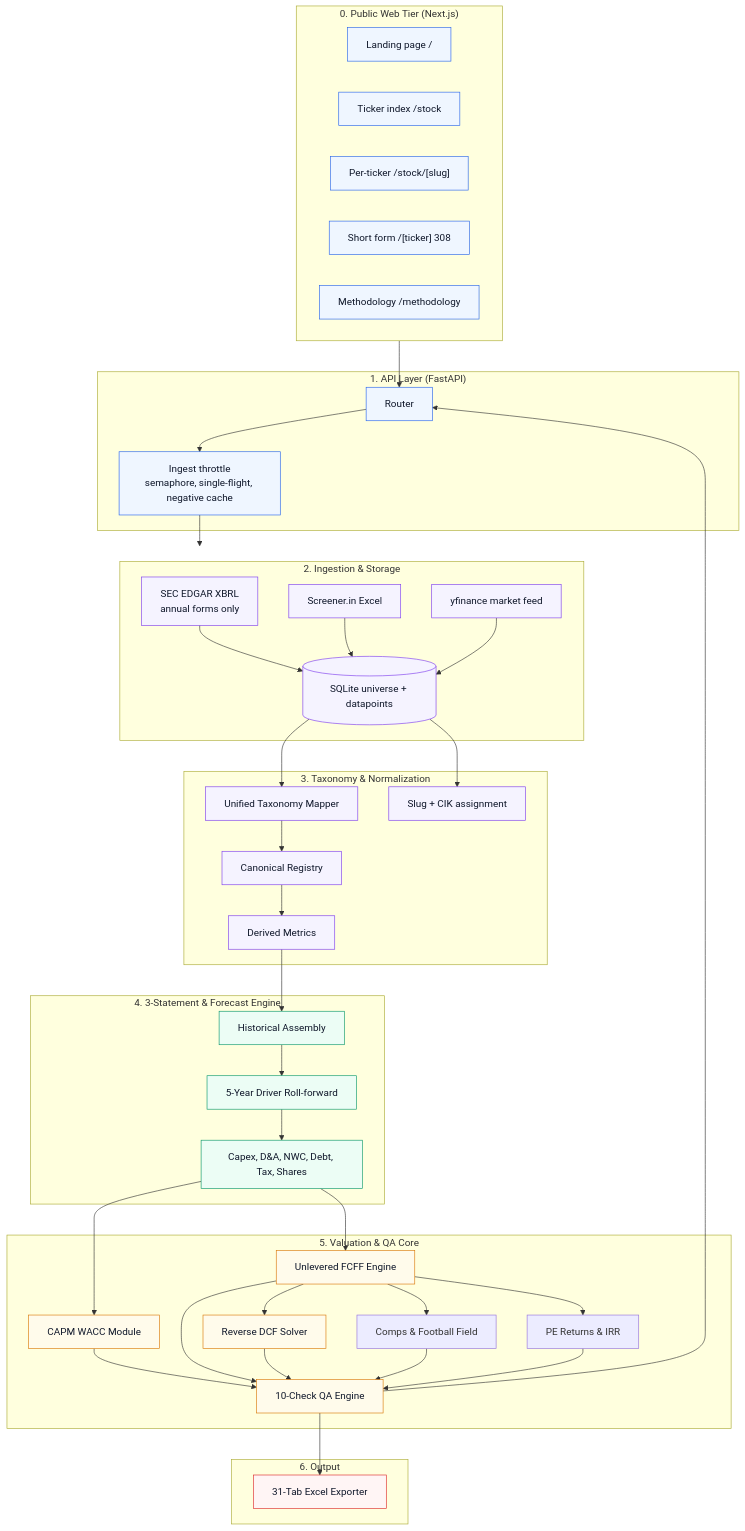
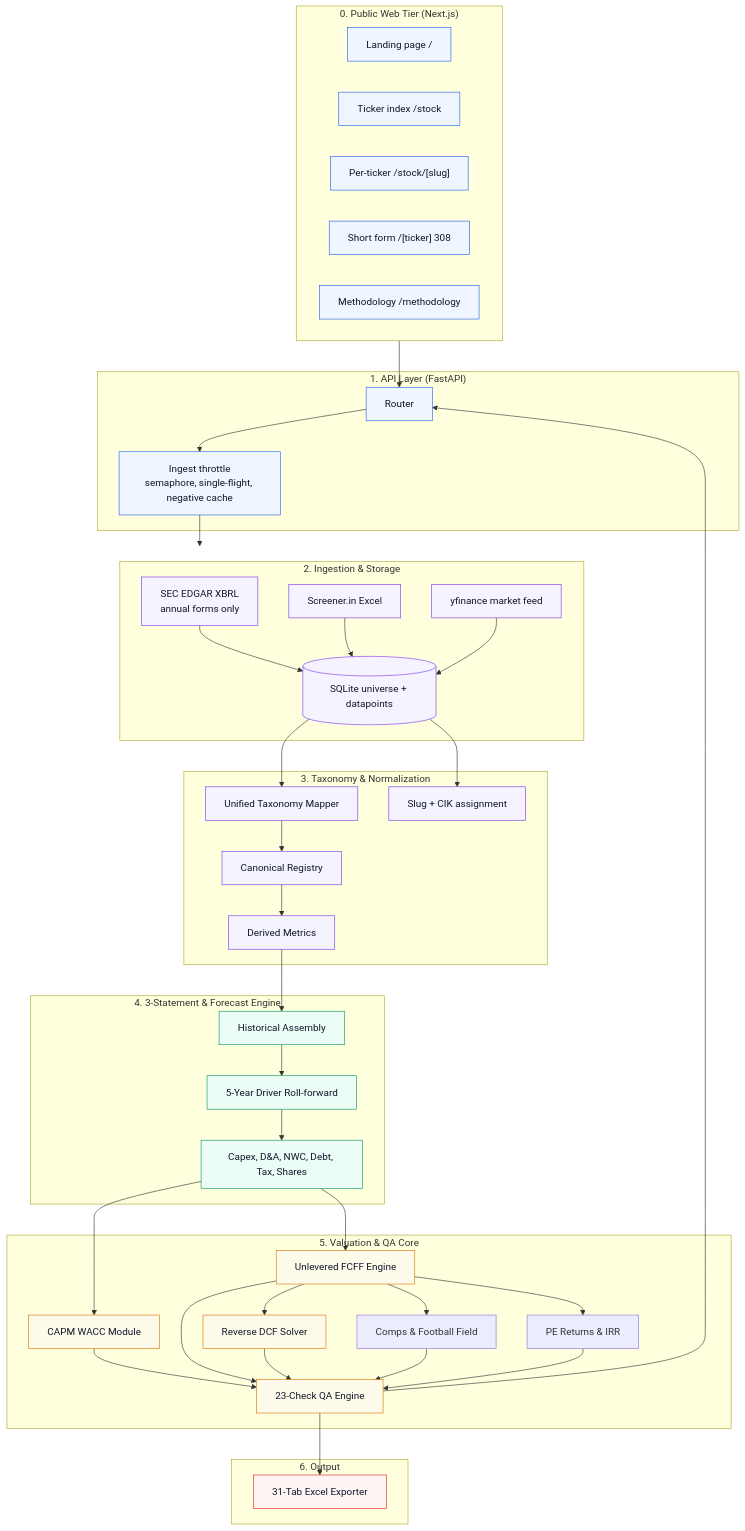
The diagram in README.md (karbburn/Valence), drawn with Mermaid before and after one commit. The commit also changed other lines of this file, not shown here.

````diff
--- a/README.md
+++ b/README.md
@@ -39,72 +86,72 @@
 ```mermaid
 flowchart TB
     subgraph Public["0. Public Web Tier (Next.js)"]
         LP[Landing page /]
         IDX[Ticker index /stock]
         TKR["Per-ticker /stock/[slug]"]
         RED["Short form /[ticker] 308"]
         MET[Methodology /methodology]
     end
 
     subgraph Delivery["1. API Layer (FastAPI)"]
         API[Router]
         THR[Ingest throttle<br/>semaphore, single-flight, negative cache]
         API --> THR
     end
 
     subgraph Ingestion["2. Ingestion & Storage"]
         A1[SEC EDGAR XBRL<br/>annual forms only]
         A2[Screener.in Excel]
         A3[yfinance market feed]
         Store[(SQLite universe + datapoints)]
         A1 & A2 & A3 --> Store
     end
 
     subgraph Normalization["3. Taxonomy & Normalization"]
         Mapping[Unified Taxonomy Mapper]
         Canonical[Canonical Registry]
         Derivation[Derived Metrics]
         Slugs[Slug + CIK assignment]
         Store --> Mapping --> Canonical --> Derivation
         Store --> Slugs
     end
 
     subgraph CoreEngine["4. 3-Statement & Forecast Engine"]
         Hist[Historical Assembly]
         Fcst[5-Year Driver Roll-forward]
         Schedules[Capex, D&A, NWC, Debt, Tax, Shares]
         Derivation --> Hist --> Fcst --> Schedules
     end
 
     subgraph ValuationQA["5. Valuation & QA Core"]
         WACC[CAPM WACC Module]
         DCF[Unlevered FCFF Engine]
         Reverse[Reverse DCF Solver]
         Comps[Comps & Football Field]
         Returns[PE Returns & IRR]
-        QA[10-Check QA Engine]
+        QA[23-Check QA Engine]
         Schedules --> WACC & DCF
         DCF --> Reverse & Comps & Returns
         WACC & DCF & Reverse & Comps & Returns --> QA
     end
 
     subgraph Output["6. Output"]
         XLSX[31-Tab Excel Exporter]
     end
 
     Public --> API
     THR --> Ingestion
     QA --> API
     QA --> XLSX
 
     classDef pub fill:#EFF6FF,stroke:#2563EB,color:#0f172a;
     classDef ing fill:#F5F3FF,stroke:#7C3AED,color:#0f172a;
     classDef core fill:#ECFDF5,stroke:#059669,color:#0f172a;
     classDef val fill:#FFFBEB,stroke:#D97706,color:#0f172a;
     classDef out fill:#FFF5F5,stroke:#DC2626,color:#0f172a;
     class LP,IDX,TKR,RED,MET,API,THR pub;
     class A1,A2,A3,Store,Mapping,Canonical,Derivation,Slugs ing;
     class Hist,Fcst,Schedules core;
     class WACC,DCF,Reverse,QA val;
     class XLSX out;
 ```
````
